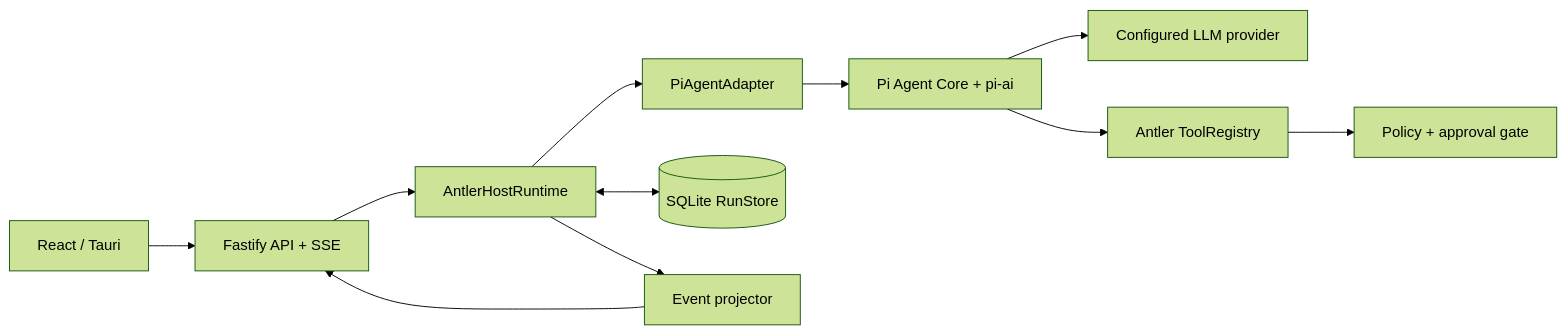
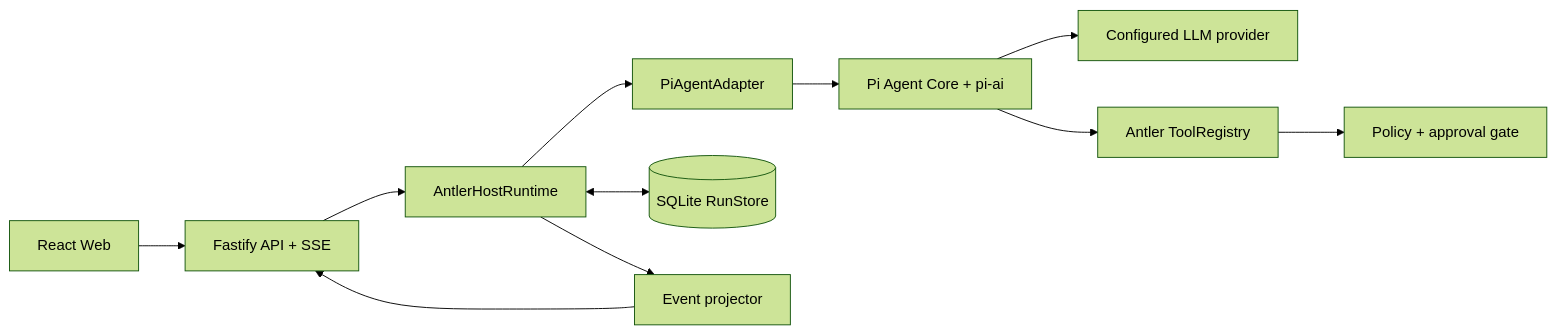
Before and after one commit to junqing258/antler: the diagram in docs/diagrams/pi-agent-target-architecture.mmd, drawn with Mermaid (forest theme). The commit also changed 101 other files, not shown here.

```diff
--- a/docs/diagrams/pi-agent-target-architecture.mmd
+++ b/docs/diagrams/pi-agent-target-architecture.mmd
@@ -1,10 +1,10 @@
 flowchart LR
-  UI["React / Tauri"] --> API["Fastify API + SSE"]
+  UI["React Web"] --> API["Fastify API + SSE"]
   API --> Host["AntlerHostRuntime"]
   Host --> Adapter["PiAgentAdapter"]
   Adapter --> Pi["Pi Agent Core + pi-ai"]
   Pi --> Provider["Configured LLM provider"]
   Pi --> Tools["Antler ToolRegistry"]
   Tools --> Policy["Policy + approval gate"]
   Host <--> Store[("SQLite RunStore")]
   Host --> Events["Event projector"] --> API
```
